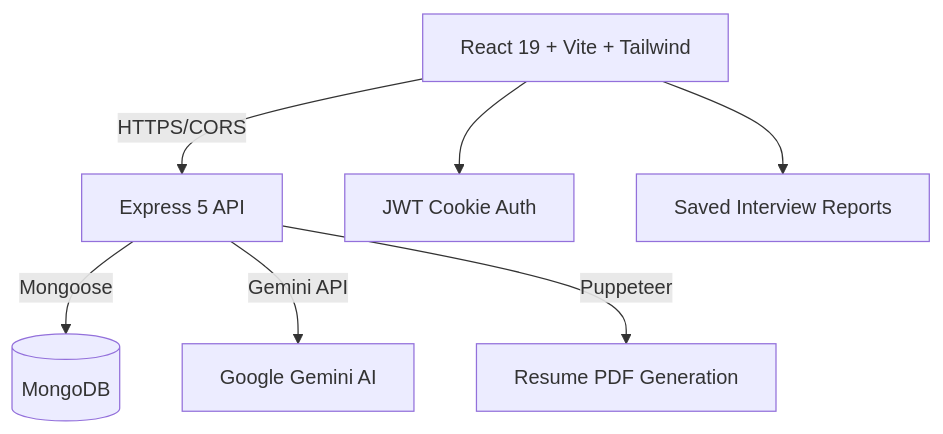
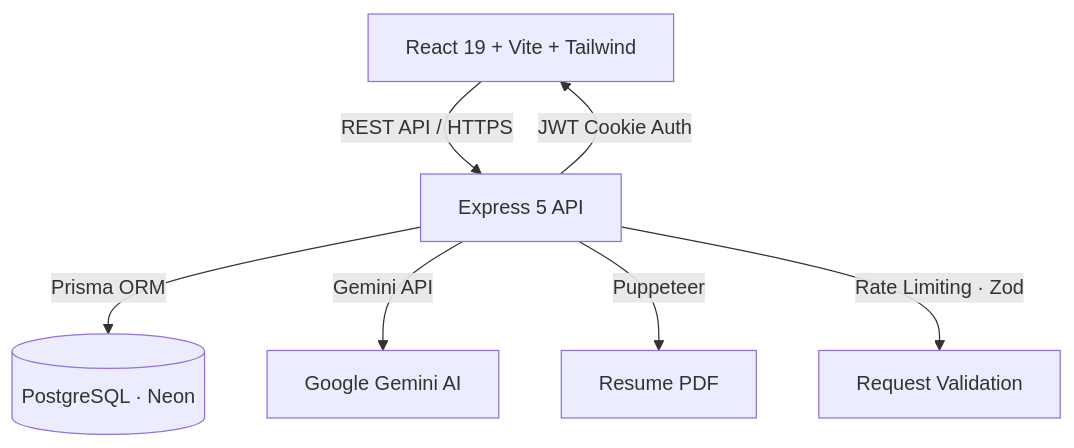
The diagram in README.md (SahilSameer18/skillbridgeAI), drawn with Mermaid before and after one commit. The commit also changed other lines of this file and 3 other files, not shown here.

````diff
--- a/README.md
+++ b/README.md
@@ -53,9 +52,9 @@
 ```mermaid
 flowchart TD
-  Client[React 19 + Vite + Tailwind] -->|HTTPS/CORS| Server[Express 5 API]
-  Server -->|Mongoose| MongoDB[(MongoDB)]
+  Client[React 19 + Vite + Tailwind] -->|REST API / HTTPS| Server[Express 5 API]
+  Server -->|JWT Cookie Auth| Client
+  Server -->|Prisma ORM| Database[(PostgreSQL · Neon)]
   Server -->|Gemini API| Gemini[Google Gemini AI]
-  Server -->|Puppeteer| PDF[Resume PDF Generation]
-  Client --> Auth[JWT Cookie Auth]
-  Client --> Reports[Saved Interview Reports]
+  Server -->|Puppeteer| PDF[Resume PDF]
+  Server -->|Rate Limiting · Zod| Middleware[Request Validation]
 ```
````
